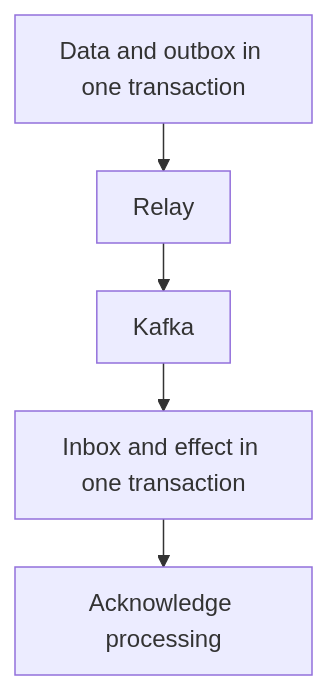
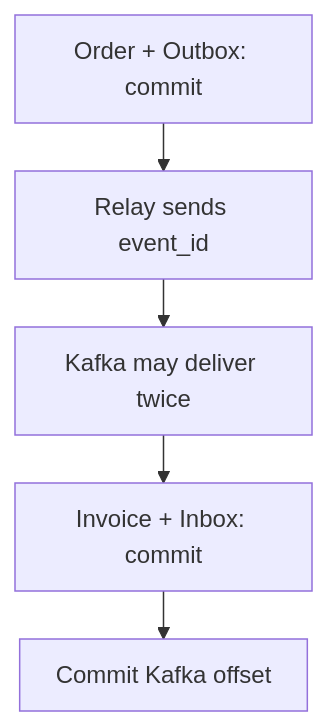
Before and after one commit to bedrock-python/bedrock-python.github.io: the diagram in docs/blog/posts/2026-09-13-reliable-events-outbox-inbox-kafka.md, drawn with Mermaid. The commit also changed other lines of this file and 205 other files, not shown here.

````diff
--- a/docs/blog/posts/2026-09-13-reliable-events-outbox-inbox-kafka.md
+++ b/docs/blog/posts/2026-09-13-reliable-events-outbox-inbox-kafka.md
@@ -45,22 +141,22 @@
 ```mermaid
 ---
 config:
   theme: default
   look: classic
   flowchart:
     useMaxWidth: false
     wrappingWidth: 150
     padding: 12
     nodeSpacing: 24
     rankSpacing: 32
 ---
 flowchart TD
-    accTitle: Atomicity on each side of delivery
-    accDescr: The producer commits its data with the outbox. The consumer commits its effect with the inbox; delivery between them may repeat.
-    A["Data and outbox in one transaction"]
-    B["Relay"]
-    C["Kafka"]
-    D["Inbox and effect in one transaction"]
-    E["Acknowledge processing"]
+    accTitle: From an order to one invoice
+    accDescr: Order and event commit together. Invoice and Inbox commit together. Kafka delivery between them may repeat.
+    A["Order + Outbox: commit"]
+    B["Relay sends event_id"]
+    C["Kafka may deliver twice"]
+    D["Invoice + Inbox: commit"]
+    E["Commit Kafka offset"]
     A --> B --> C --> D --> E
 ```
````
